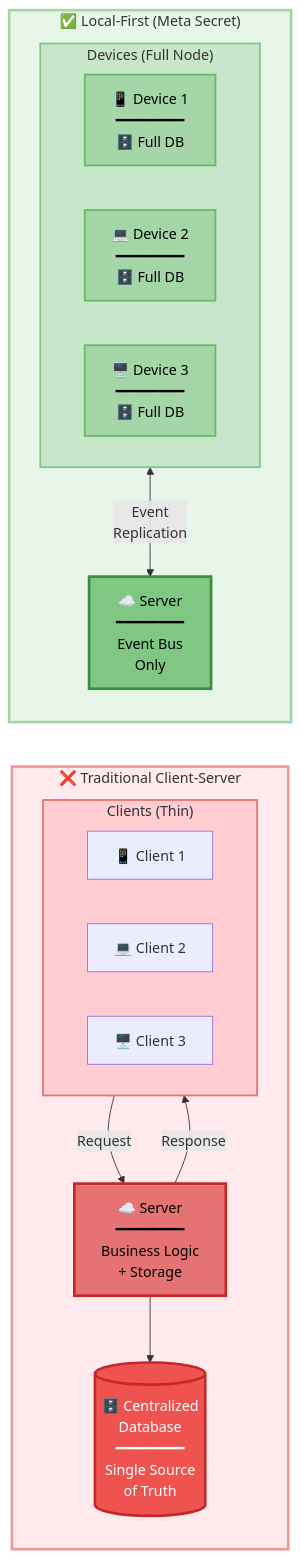
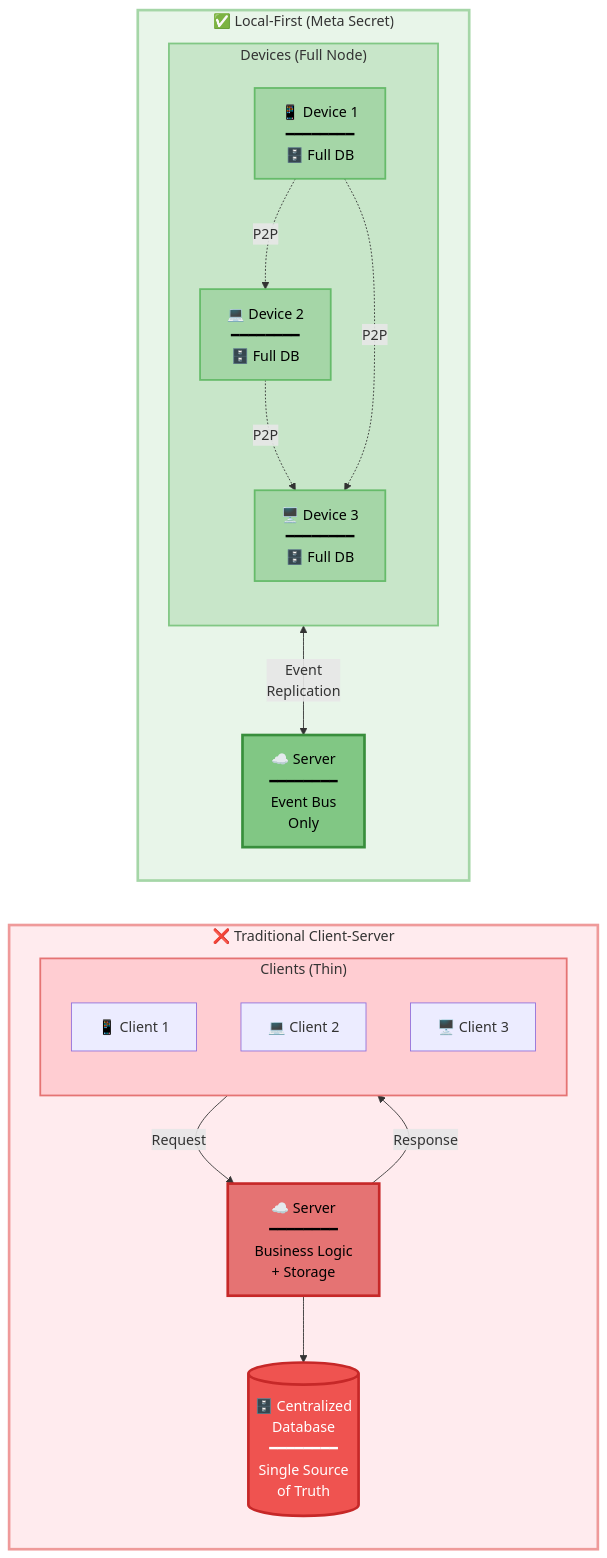
The tenth of 12 diagrams in docs/meta-secret-technical-presentation.md (meta-secret/meta-secret-core), drawn with Mermaid before and after one commit.

Commit message:
improvements

````diff
--- a/docs/meta-secret-technical-presentation.md
+++ b/docs/meta-secret-technical-presentation.md
@@ -532,42 +532,48 @@
 ```mermaid
 flowchart LR
     subgraph TRAD["❌ Traditional Client-Server"]
         direction TB
         
         subgraph CLIENTS1["Clients (Thin)"]
+            direction TB
             C1[📱 Client 1]
             C2[💻 Client 2]
             C3[🖥️ Client 3]
         end
         
         CLIENTS1 -->|Request| SRV[☁️ Server<br/>━━━━━━━━<br/>Business Logic<br/>+ Storage]
         SRV -->|Response| CLIENTS1
         
         SRV --> DB[(🗄️ Centralized<br/>Database<br/>━━━━━━━━<br/>Single Source<br/>of Truth)]
         
         style SRV fill:#e57373,color:#000,stroke:#c62828,stroke-width:3px
         style DB fill:#ef5350,color:#fff,stroke:#c62828,stroke-width:3px
         style CLIENTS1 fill:#ffcdd2,stroke:#e57373,stroke-width:2px
     end
     
     subgraph LOCAL["✅ Local-First (Meta Secret)"]
         direction TB
         
         subgraph DEVICES["Devices (Full Node)"]
+            direction TB
             D1["📱 Device 1<br/>━━━━━━━━<br/>🗄️ Full DB"]
             D2["💻 Device 2<br/>━━━━━━━━<br/>🗄️ Full DB"]
             D3["🖥️ Device 3<br/>━━━━━━━━<br/>🗄️ Full DB"]
         end
+        
+        D1 -.->|P2P| D2
+        D2 -.->|P2P| D3
+        D1 -.->|P2P| D3
         
         DEVICES <-->|Event<br/>Replication| BUS[☁️ Server<br/>━━━━━━━━<br/>Event Bus<br/>Only]
         
         style BUS fill:#81c784,color:#000,stroke:#388e3c,stroke-width:3px
         style D1 fill:#a5d6a7,color:#000,stroke:#66bb6a,stroke-width:2px
         style D2 fill:#a5d6a7,color:#000,stroke:#66bb6a,stroke-width:2px
         style D3 fill:#a5d6a7,color:#000,stroke:#66bb6a,stroke-width:2px
         style DEVICES fill:#c8e6c9,stroke:#81c784,stroke-width:2px
     end
     
     style TRAD fill:#ffebee,stroke:#ef9a9a,stroke-width:3px
     style LOCAL fill:#e8f5e9,stroke:#a5d6a7,stroke-width:3px
 ```
````
